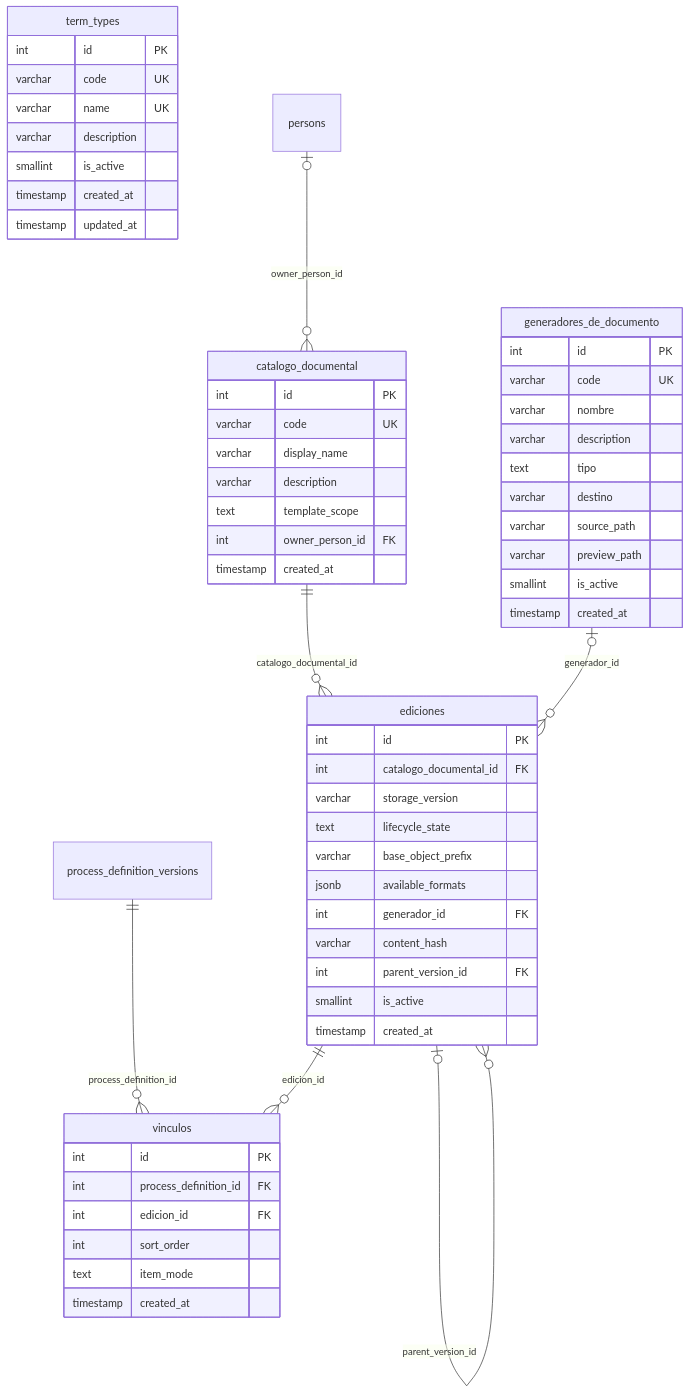
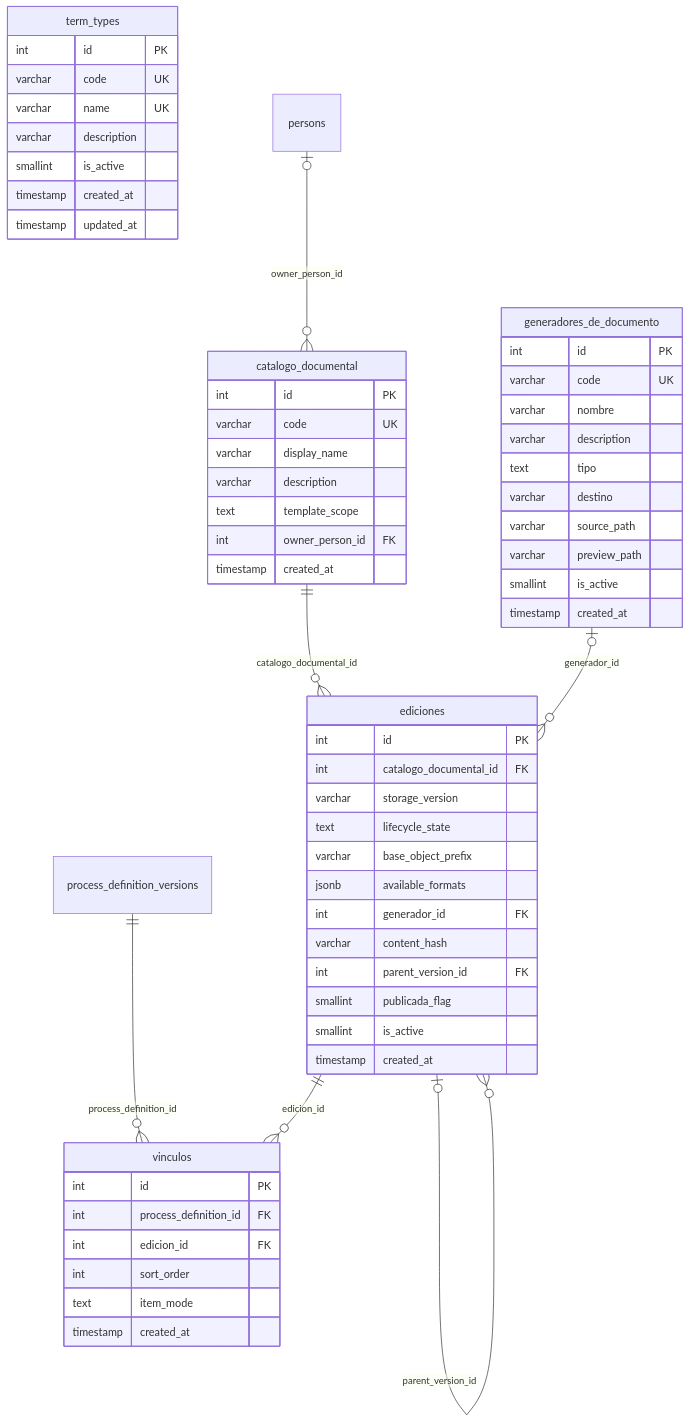
The third of 9 diagrams in docs/src/content/docs/modelo/mapa-con-campos.md (fresvel/deasy), drawn with Mermaid before and after one commit. The commit also changed other lines of this file and 9 other files, not shown here.

````diff
--- a/docs/src/content/docs/modelo/mapa-con-campos.md
+++ b/docs/src/content/docs/modelo/mapa-con-campos.md
@@ -225,61 +225,62 @@
 ```mermaid
 erDiagram
   %% generado por scripts/docs/gen-mapa-campos.mjs: no se edita a mano
   term_types {
     int id PK
     varchar code UK
     varchar name UK
     varchar description
     smallint is_active
     timestamp created_at
     timestamp updated_at
   }
   catalogo_documental {
     int id PK
     varchar code UK
     varchar display_name
     varchar description
     text template_scope
     int owner_person_id FK
     timestamp created_at
   }
   ediciones {
     int id PK
     int catalogo_documental_id FK
     varchar storage_version
     text lifecycle_state
     varchar base_object_prefix
     jsonb available_formats
     int generador_id FK
     varchar content_hash
     int parent_version_id FK
+    smallint publicada_flag
     smallint is_active
     timestamp created_at
   }
   generadores_de_documento {
     int id PK
     varchar code UK
     varchar nombre
     varchar description
     text tipo
     varchar destino
     varchar source_path
     varchar preview_path
     smallint is_active
     timestamp created_at
   }
   vinculos {
     int id PK
     int process_definition_id FK
     int edicion_id FK
     int sort_order
     text item_mode
     timestamp created_at
   }
   persons |o--o{ catalogo_documental : "owner_person_id"
   catalogo_documental ||--o{ ediciones : "catalogo_documental_id"
   generadores_de_documento |o--o{ ediciones : "generador_id"
   ediciones |o--o{ ediciones : "parent_version_id"
   process_definition_versions ||--o{ vinculos : "process_definition_id"
   ediciones ||--o{ vinculos : "edicion_id"
 ```
````
